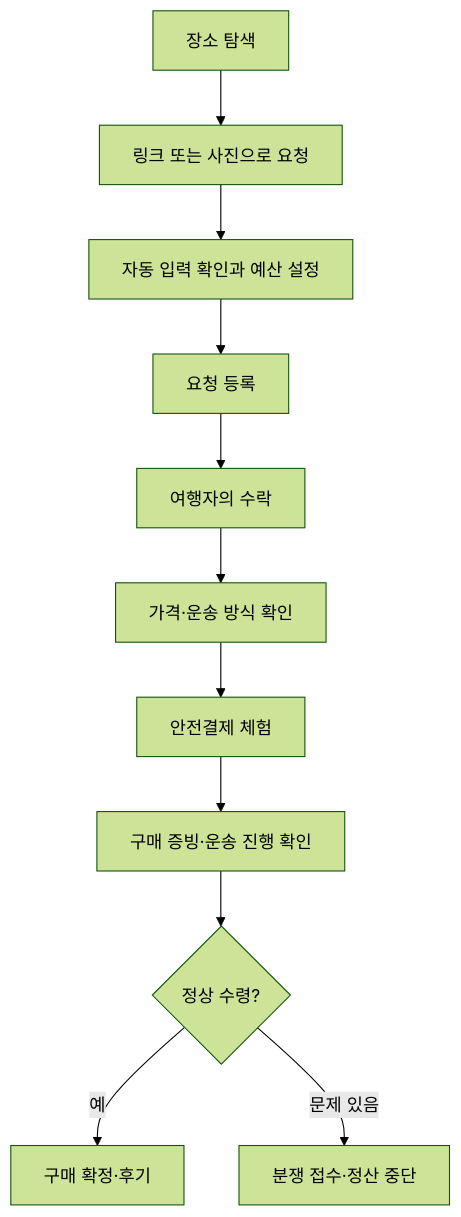
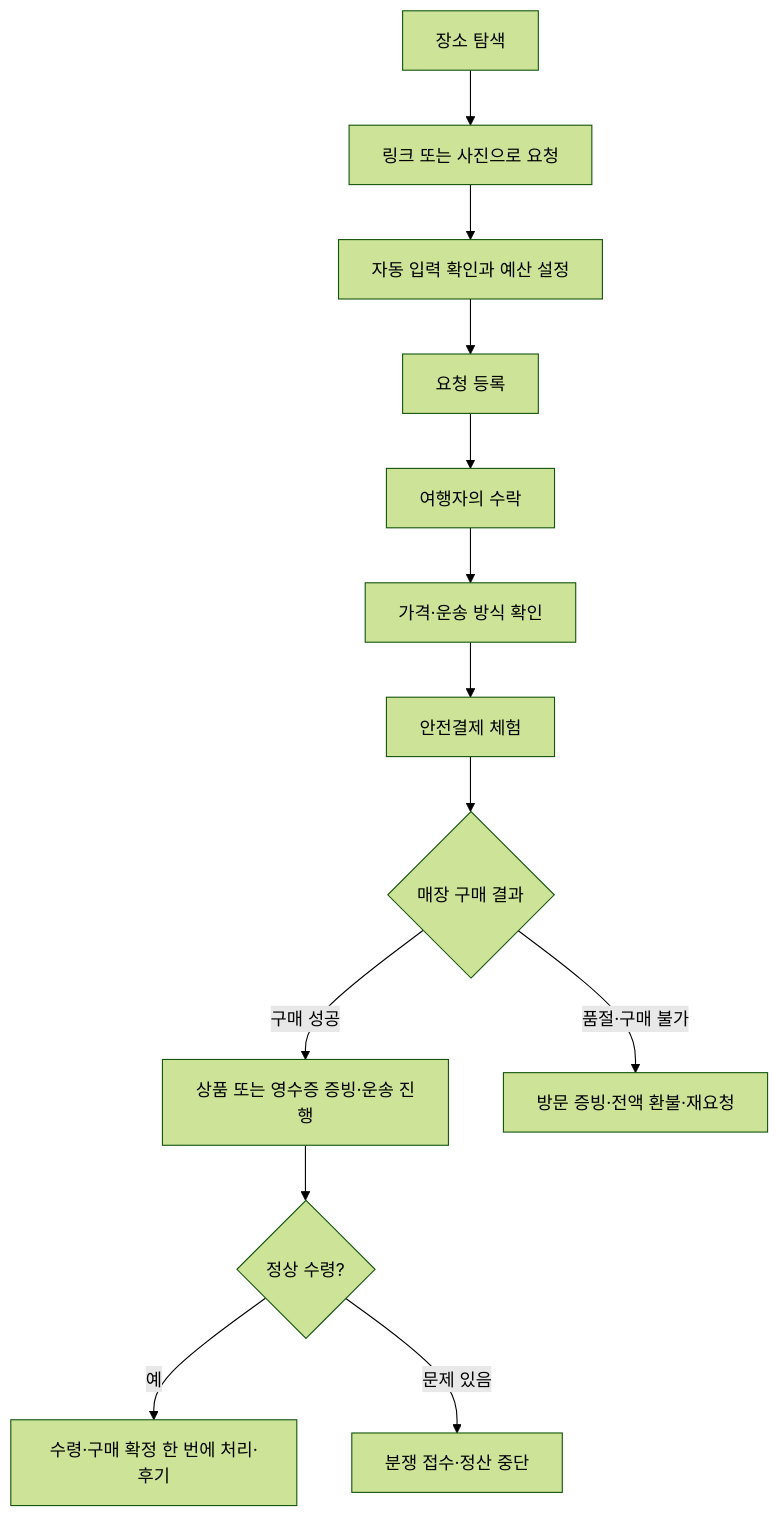
The first of 2 diagrams in docs/01-product-and-flows.md (sounkimha/moa), drawn with Mermaid (forest theme) before and after one commit. The commit also changed other lines of this file and 48 other files, not shown here.

Commit message:
feat: complete demo trade flow and polish UX

````diff
--- a/docs/01-product-and-flows.md
+++ b/docs/01-product-and-flows.md
@@ -18,13 +18,15 @@
 ```mermaid
 flowchart TD
   A["장소 탐색"] --> B["링크 또는 사진으로 요청"]
   B --> C["자동 입력 확인과 예산 설정"]
   C --> D["요청 등록"]
   D --> E["여행자의 수락"]
   E --> F["가격·운송 방식 확인"]
   F --> G["안전결제 체험"]
-  G --> H["구매 증빙·운송 진행 확인"]
-  H --> I{"정상 수령?"}
-  I -->|예| J["구매 확정·후기"]
+  G --> H{"매장 구매 결과"}
+  H -->|구매 성공| L["상품 또는 영수증 증빙·운송 진행"]
+  H -->|품절·구매 불가| M["방문 증빙·전액 환불·재요청"]
+  L --> I{"정상 수령?"}
+  I -->|예| J["수령·구매 확정 한 번에 처리·후기"]
   I -->|문제 있음| K["분쟁 접수·정산 중단"]
 ```
````
